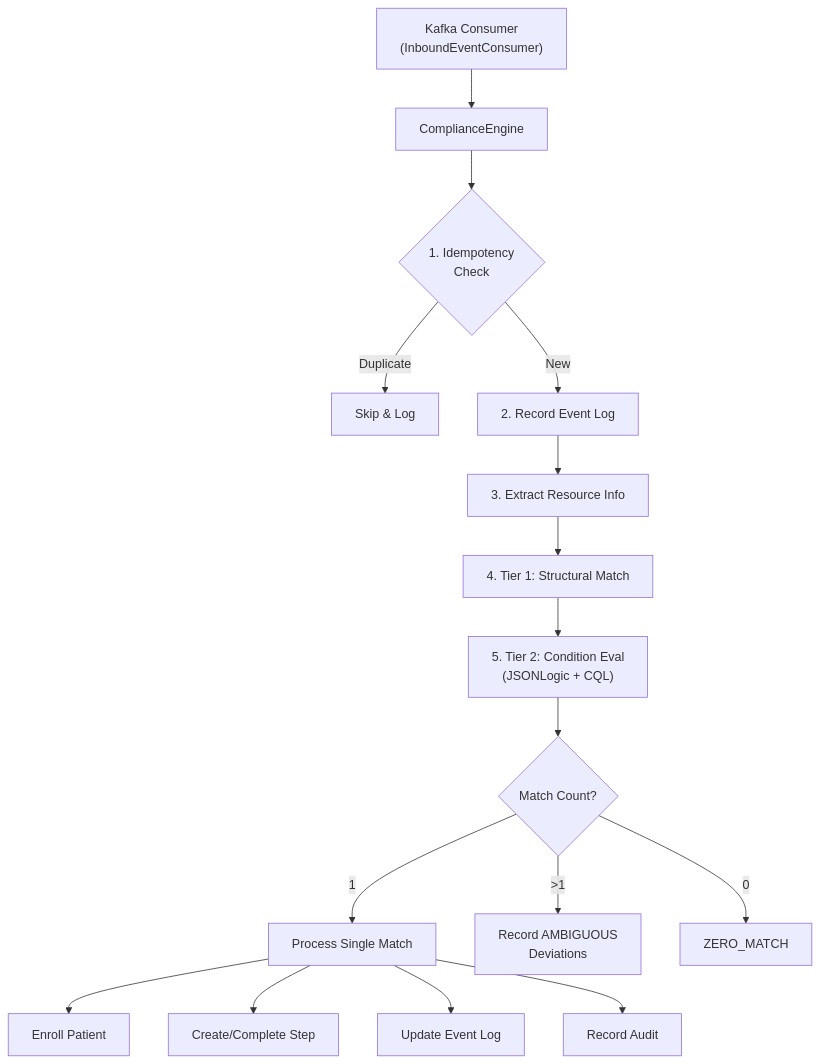
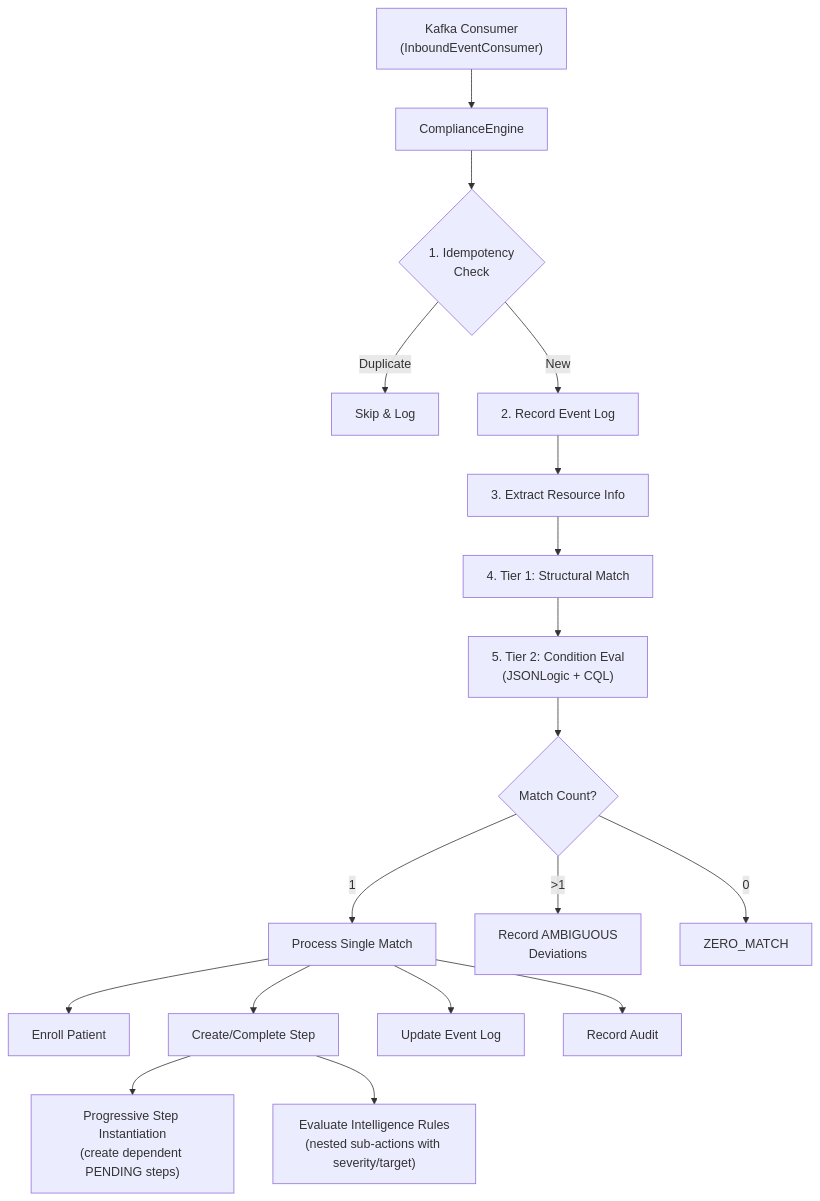
One commit to ishashankakkasali/cce-compliance-service changed the fourth of 6 diagrams in docs/high-level-design.md. Above: the diagram before and after it, drawn with Mermaid. The commit also changed other lines of this file and 4 other files, not shown here.

````diff
--- a/docs/high-level-design.md
+++ b/docs/high-level-design.md
@@ -110,18 +110,20 @@
 ```mermaid
 graph TB
     A["Kafka Consumer<br/>(InboundEventConsumer)"] --> B["ComplianceEngine"]
     B --> C{"1. Idempotency<br/>Check"}
     C -->|Duplicate| D["Skip & Log"]
     C -->|New| E["2. Record Event Log"]
     E --> F["3. Extract Resource Info"]
     F --> G["4. Tier 1: Structural Match"]
     G --> H["5. Tier 2: Condition Eval<br/>(JSONLogic + CQL)"]
     H --> I{"Match Count?"}
     I -->|"1"| J["Process Single Match"]
     I -->|">1"| K["Record AMBIGUOUS<br/>Deviations"]
     I -->|"0"| L["ZERO_MATCH"]
     J --> M["Enroll Patient"]
     J --> N["Create/Complete Step"]
     J --> O["Update Event Log"]
     J --> P["Record Audit"]
+    N --> PI["Progressive Step Instantiation<br/>(create dependent PENDING steps)"]
+    N --> IR["Evaluate Intelligence Rules<br/>(nested sub-actions with severity/target)"]
 ```
````
